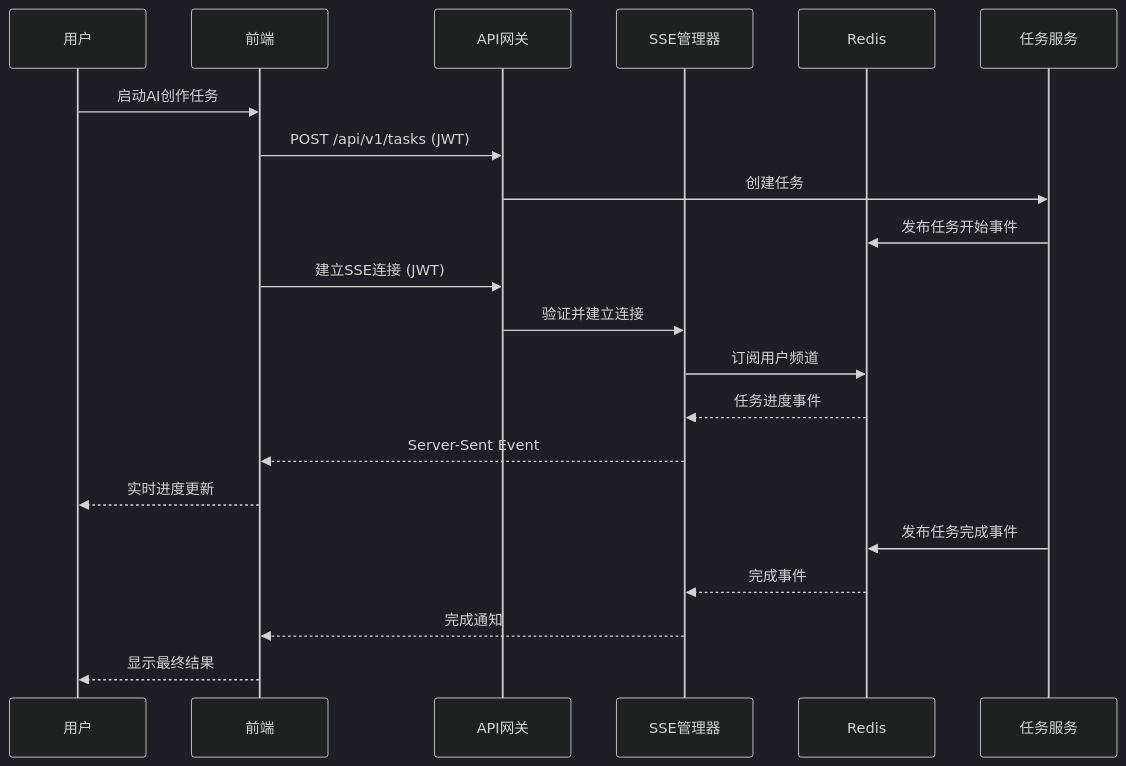
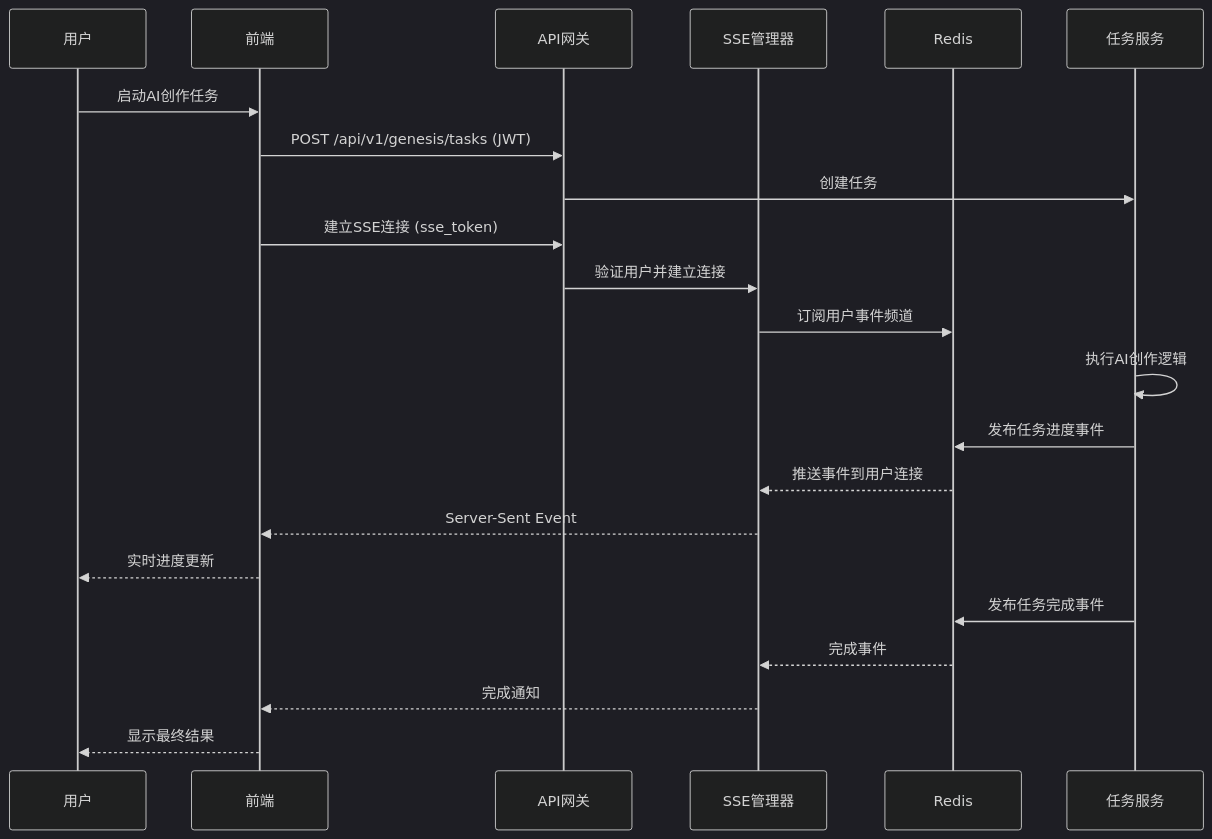
The fourth of 5 diagrams in .tasks/implement-sse-2/design.md (zhiyue/infinite-scribe), drawn with Mermaid (dark theme) before and after one commit. The commit also changed other lines of this file and 3 other files, not shown here.

````diff
--- a/.tasks/implement-sse-2/design.md
+++ b/.tasks/implement-sse-2/design.md
@@ -447,26 +864,28 @@
 ```mermaid
 sequenceDiagram
     participant 用户
     participant 前端
     participant API网关
     participant SSE管理器
     participant Redis
     participant 任务服务
 
     用户->>前端: 启动AI创作任务
-    前端->>API网关: POST /api/v1/tasks (JWT)
+    前端->>API网关: POST /api/v1/genesis/tasks (JWT)
     API网关->>任务服务: 创建任务
-    任务服务->>Redis: 发布任务开始事件
     
-    前端->>API网关: 建立SSE连接 (JWT)
-    API网关->>SSE管理器: 验证并建立连接
-    SSE管理器->>Redis: 订阅用户频道
-    Redis-->>SSE管理器: 任务进度事件
+    前端->>API网关: 建立SSE连接 (sse_token)
+    API网关->>SSE管理器: 验证用户并建立连接
+    SSE管理器->>Redis: 订阅用户事件频道
+    
+    任务服务->>任务服务: 执行AI创作逻辑
+    任务服务->>Redis: 发布任务进度事件
+    Redis-->>SSE管理器: 推送事件到用户连接
     SSE管理器-->>前端: Server-Sent Event
     前端-->>用户: 实时进度更新
     
     任务服务->>Redis: 发布任务完成事件
     Redis-->>SSE管理器: 完成事件
     SSE管理器-->>前端: 完成通知
     前端-->>用户: 显示最终结果
 ```
````
